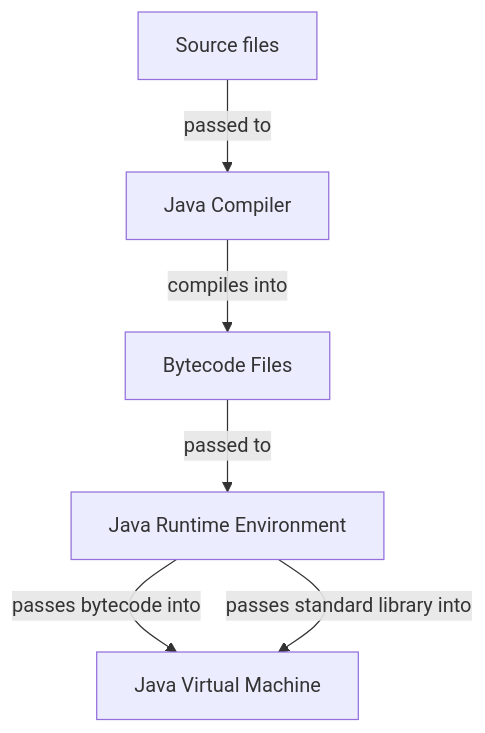
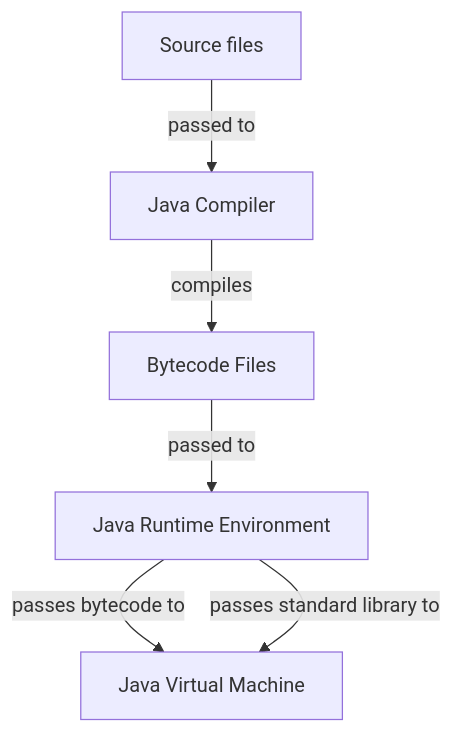
The diagram in _languages/java.md (keblisch/keblisch.github.io), drawn with Mermaid before and after one commit. The commit also changed other lines of this file, not shown here.

Commit message:
Fix errors in Java entry

````diff
--- a/_languages/java.md
+++ b/_languages/java.md
@@ -177,8 +182,8 @@
 ```mermaid
 graph TD
   source_files[Source files] --> |passed to| javac[Java Compiler];
-  javac --> |compiles into| bytecode_files[Bytecode Files];
+  javac --> |compiles| bytecode_files[Bytecode Files];
   bytecode_files --> |passed to| jre[Java Runtime Environment];
-  jre --> |passes bytecode into| jvm[Java Virtual Machine];
-  jre --> |passes standard library into| jvm;
+  jre --> |passes bytecode to| jvm[Java Virtual Machine];
+  jre --> |passes standard library to| jvm;
 ```
````
